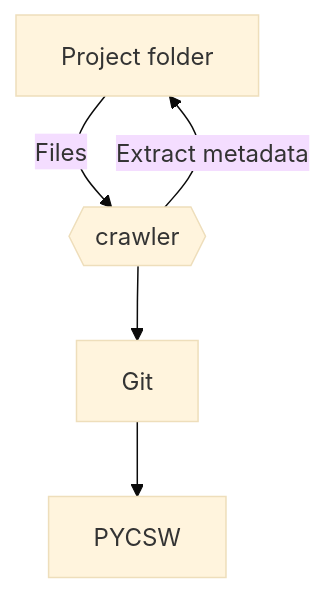
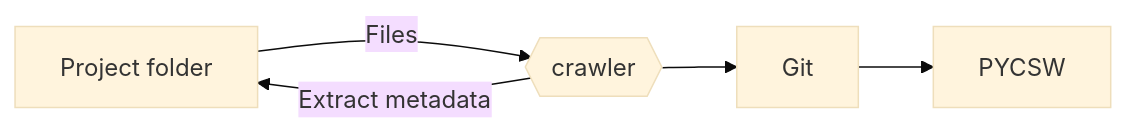
Before and after one commit to pvgenuchten/slides: the diagram in slides/fun-way-of-spatial-cataloguing.qmd, drawn with Mermaid (base theme). The commit also changed other lines of this file and 6 other files, not shown here.

````diff
--- a/slides/fun-way-of-spatial-cataloguing.qmd
+++ b/slides/fun-way-of-spatial-cataloguing.qmd
@@ -33,7 +43,7 @@
 ```{mermaid}
-flowchart TB
+flowchart LR
     P[Project folder] -->|Files| CI{{crawler}}
     CI -->|Extract metadata| P
     CI --> G[Git] 
     G --> PYCSW
 ```
````
